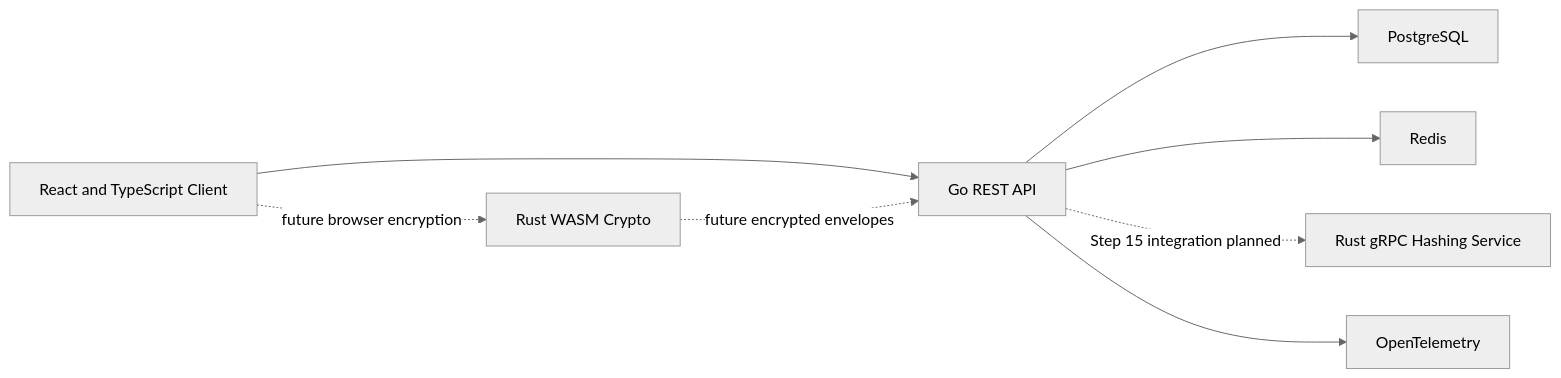
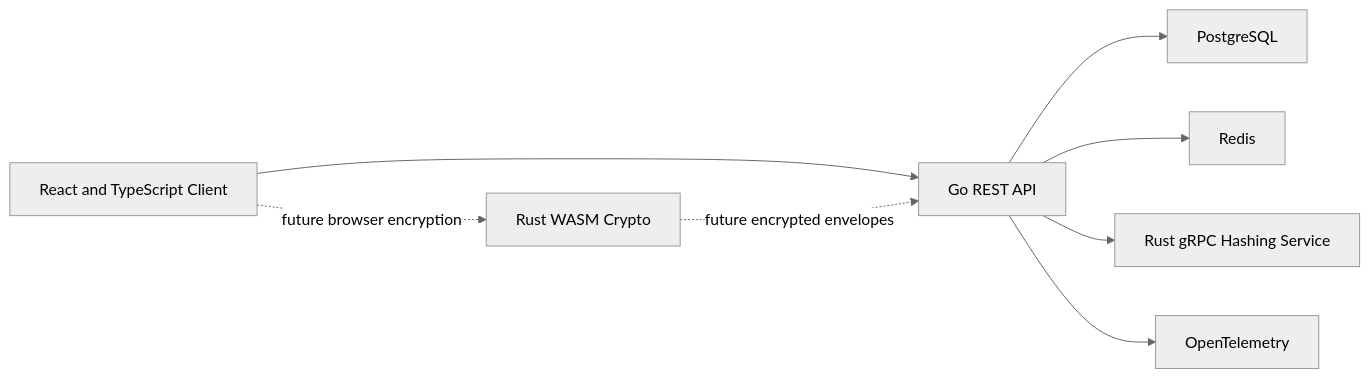
One commit to martinrgarciap/vaultforge changed the diagram in README.md. Above: the diagram before and after it, drawn with Mermaid (neutral theme). The commit also changed other lines of this file and 21 other files, not shown here.

Commit message:
Integrate Go API with Rust hash service

````diff
--- a/README.md
+++ b/README.md
@@ -15,10 +15,10 @@
 ```mermaid
 graph LR
     B["React and TypeScript Client"] --> A["Go REST API"]
     A --> P["PostgreSQL"]
     A --> R["Redis"]
     B -. "future browser encryption" .-> W["Rust WASM Crypto"]
     W -. "future encrypted envelopes" .-> A
-    A -. "Step 15 integration planned" .-> H["Rust gRPC Hashing Service"]
+    A --> H["Rust gRPC Hashing Service"]
     A --> O["OpenTelemetry"]
 ```
````
